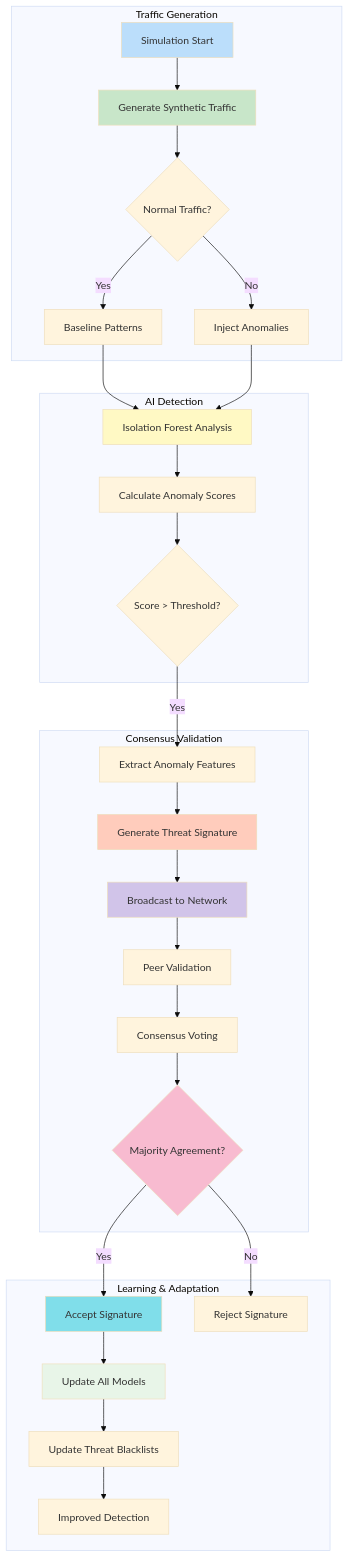
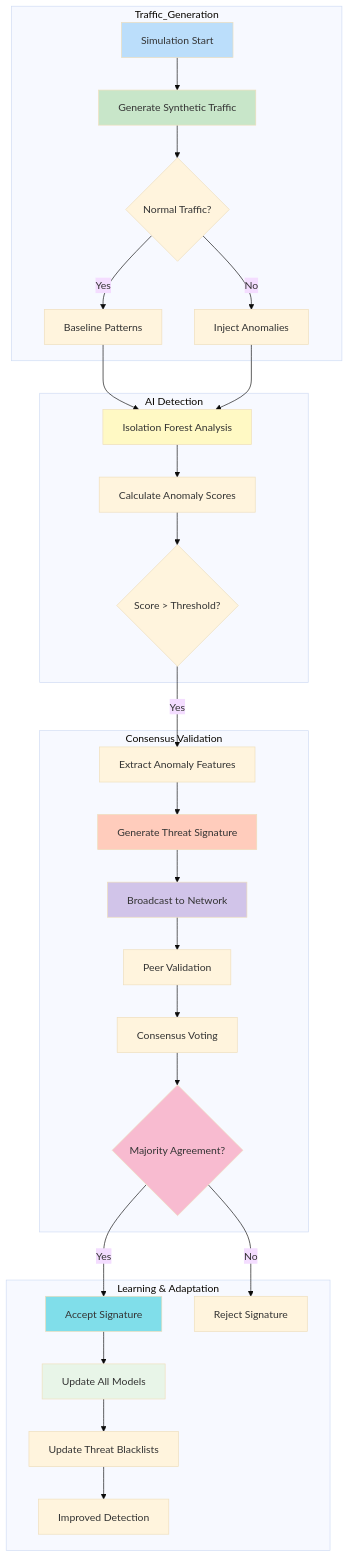
The sixth of 6 diagrams in README.md (tanm-sys/build), drawn with Mermaid (base theme) before and after one commit. The commit also changed other lines of this file and 5 other files, not shown here.

Commit message:
Fix Mermaid diagram parse errors in Markdown files (resolve LINK token issues on line 29 and others)

````diff
--- a/README.md
+++ b/README.md
@@ -1007,42 +1007,42 @@
 ```mermaid
 flowchart TD
-    subgraph "Traffic Generation"
+    subgraph "Traffic_Generation"
         START[Simulation Start] --> GENERATE[Generate Synthetic Traffic]
         GENERATE --> NORMAL{Normal Traffic?}
         NORMAL -- Yes --> BASELINE[Baseline Patterns]
         NORMAL -- No --> ANOMALY[Inject Anomalies]
     end
 
     subgraph "AI Detection"
         BASELINE --> ANALYZE[Isolation Forest Analysis]
         ANOMALY --> ANALYZE
         ANALYZE --> SCORE[Calculate Anomaly Scores]
         SCORE --> THRESHOLD{Score > Threshold?}
     end
 
     subgraph "Consensus Validation"
         THRESHOLD -- Yes --> EXTRACT[Extract Anomaly Features]
         EXTRACT --> SIGNATURE[Generate Threat Signature]
         SIGNATURE --> BROADCAST[Broadcast to Network]
         BROADCAST --> PEERS[Peer Validation]
         PEERS --> VOTE[Consensus Voting]
         VOTE --> CONSENSUS{Majority Agreement?}
     end
 
     subgraph "Learning & Adaptation"
         CONSENSUS -- Yes --> ACCEPT[Accept Signature]
         CONSENSUS -- No --> REJECT[Reject Signature]
         ACCEPT --> UPDATE[Update All Models]
         UPDATE --> BLACKLIST[Update Threat Blacklists]
         BLACKLIST --> IMPROVE[Improved Detection]
     end
 
     style START fill:#bbdefb
     style GENERATE fill:#c8e6c9
     style ANALYZE fill:#fff9c4
     style SIGNATURE fill:#ffccbc
     style BROADCAST fill:#d1c4e9
     style CONSENSUS fill:#f8bbd0
     style ACCEPT fill:#80deea
     style UPDATE fill:#e8f5e8
 ```
````
